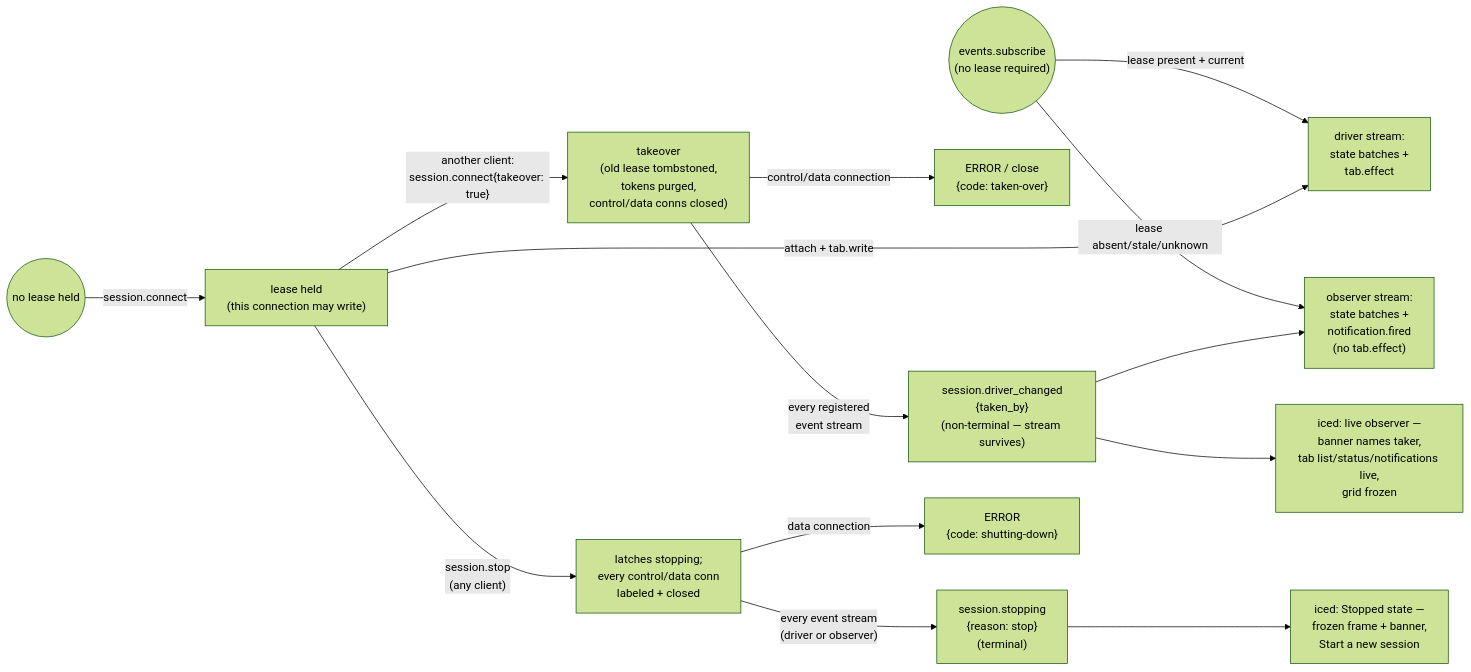
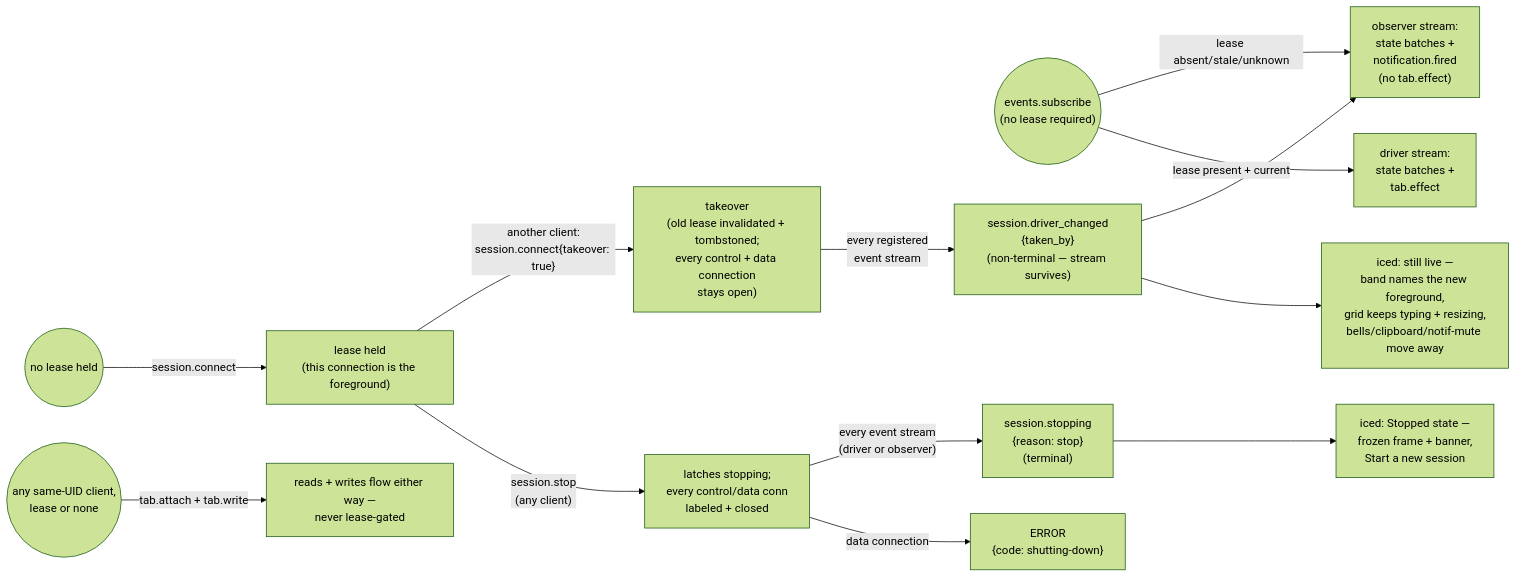
One commit to charliek/roost changed the third of 3 diagrams in docs/development/host-sessions.md. Above: the diagram before and after it, drawn with Mermaid (forest theme). The commit also changed other lines of this file and 5 other files, not shown here.

First line of the commit message:
docs: the lease is the foreground, everywhere it was still authority

````diff
--- a/docs/development/host-sessions.md
+++ b/docs/development/host-sessions.md
@@ -76,16 +95,15 @@
 ```mermaid
 flowchart LR
   Sub(("events.subscribe<br/>(no lease required)")) -- "lease absent/stale/unknown" --> Observer["observer stream:<br/>state batches +<br/>notification.fired<br/>(no tab.effect)"]
   Sub -- "lease present + current" --> Driver["driver stream:<br/>state batches +<br/>tab.effect"]
-  NoLease(("no lease held")) -- "session.connect" --> Held["lease held<br/>(this connection may write)"]
-  Held -- "attach + tab.write" --> Driver
-  Held -- "another client:<br/>session.connect{takeover: true}" --> Takeover["takeover<br/>(old lease tombstoned,<br/>tokens purged,<br/>control/data conns closed)"]
-  Takeover -- "control/data connection" --> ErrorTO["ERROR / close<br/>{code: taken-over}"]
+  NoLease(("no lease held")) -- "session.connect" --> Held["lease held<br/>(this connection is the foreground)"]
+  AnyClient(("any same-UID client,<br/>lease or none")) -- "tab.attach + tab.write" --> Live["reads + writes flow either way —<br/>never lease-gated"]
+  Held -- "another client:<br/>session.connect{takeover: true}" --> Takeover["takeover<br/>(old lease invalidated + tombstoned;<br/>every control + data connection<br/>stays open)"]
   Takeover -- "every registered<br/>event stream" --> DriverChanged["session.driver_changed<br/>{taken_by}<br/>(non-terminal — stream survives)"]
   DriverChanged --> Observer
-  DriverChanged --> UIObs["iced: live observer —<br/>banner names taker,<br/>tab list/status/notifications live,<br/>grid frozen"]
+  DriverChanged --> UIObs["iced: still live —<br/>band names the new foreground,<br/>grid keeps typing + resizing,<br/>bells/clipboard/notif-mute move away"]
   Held -- "session.stop<br/>(any client)" --> Stopping["latches stopping;<br/>every control/data conn<br/>labeled + closed"]
   Stopping -- "every event stream<br/>(driver or observer)" --> StoppingS["session.stopping<br/>{reason: stop}<br/>(terminal)"]
   Stopping -- "data connection" --> ErrorS["ERROR<br/>{code: shutting-down}"]
   StoppingS --> UIS["iced: Stopped state —<br/>frozen frame + banner,<br/>Start a new session"]
 ```
````
